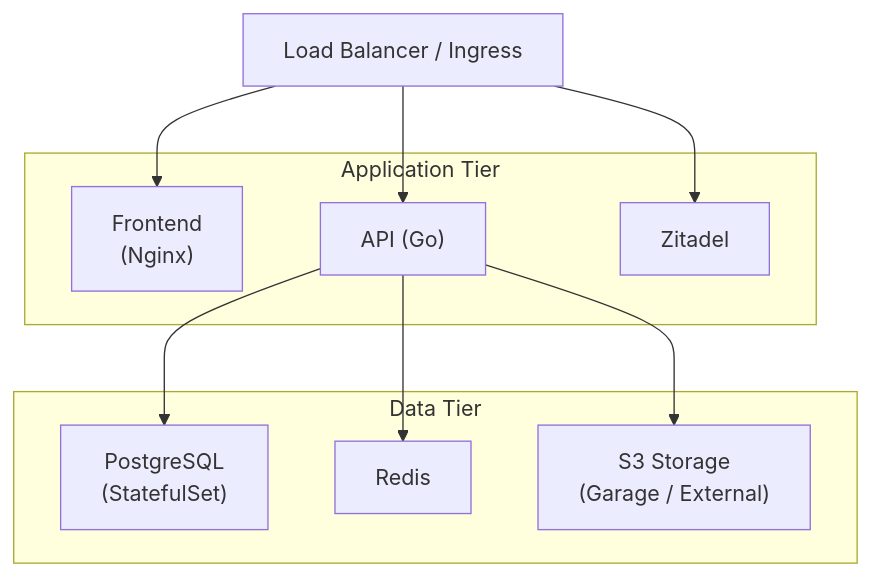
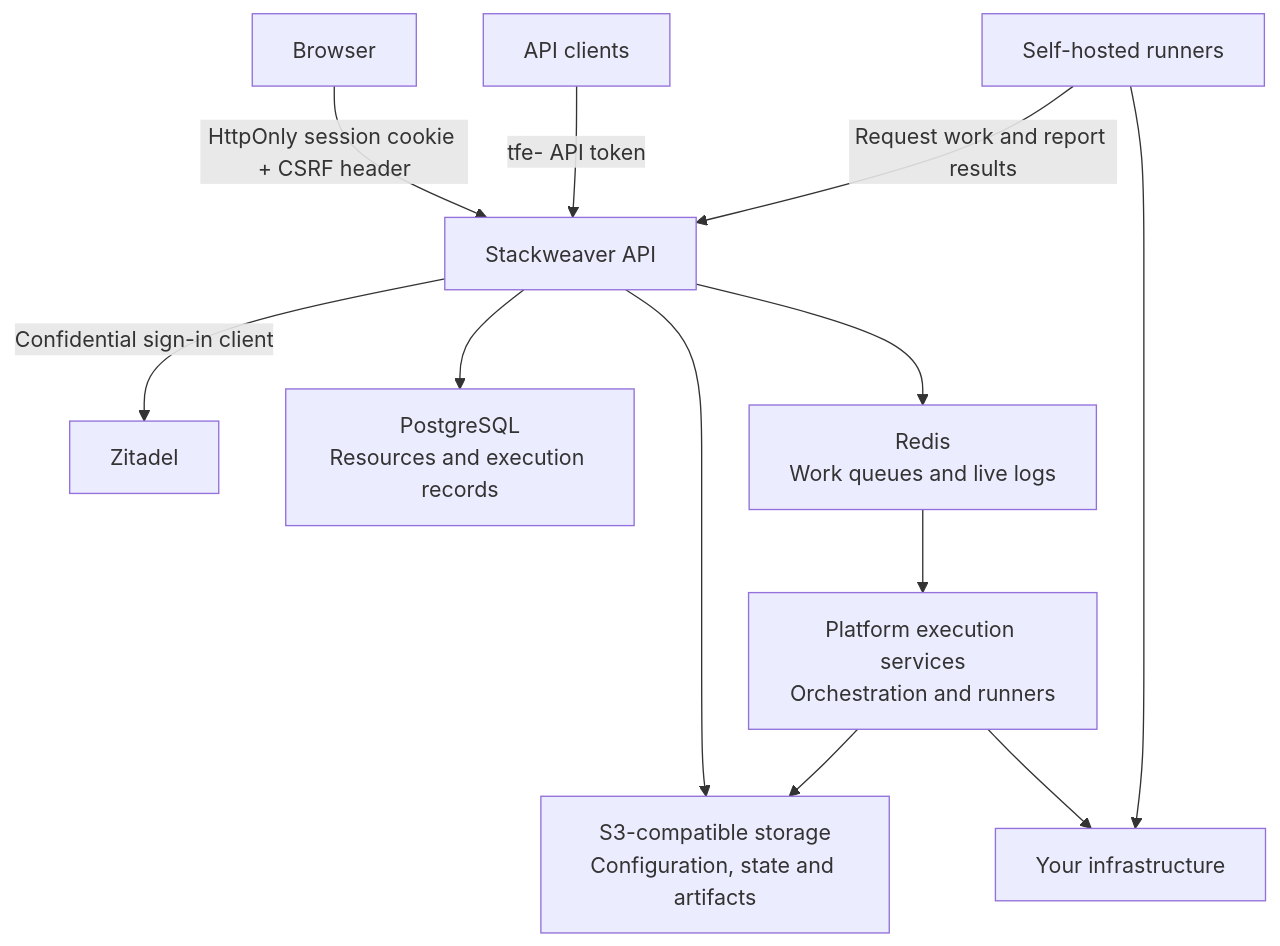
One commit to vhco-pro/stackweaver-frontend changed the first of 2 diagrams in docs/architecture/README.md. Above: the diagram before and after it, drawn with Mermaid. The commit also changed other lines of this file and 168 other files, not shown here.

````diff
--- a/docs/architecture/README.md
+++ b/docs/architecture/README.md
@@ -477,23 +29,14 @@
 ```mermaid
 flowchart TB
-    LB["Load Balancer / Ingress"]
-
-    subgraph AppTier["Application Tier"]
-        Frontend["Frontend<br/>(Nginx)"]
-        API["API (Go)"]
-        Zitadel["Zitadel"]
-    end
-
-    subgraph DataTier["Data Tier"]
-        PostgreSQL["PostgreSQL<br/>(StatefulSet)"]
-        Redis["Redis"]
-        Garage["S3 Storage<br/>(Garage / External)"]
-    end
-
-    LB --> Frontend
-    LB --> API
-    LB --> Zitadel
-    API --> PostgreSQL
-    API --> Redis
-    API --> Garage
+    Client["Browser"] -->|"HttpOnly session cookie + CSRF header"| API["Stackweaver API"]
+    Automation["API clients"] -->|"tfe- API token"| API
+    API -->|"Confidential sign-in client"| Identity["Zitadel"]
+    API --> Database["PostgreSQL<br/>Resources and execution records"]
+    API --> Queue["Redis<br/>Work queues and live logs"]
+    API --> Storage["S3-compatible storage<br/>Configuration, state and artifacts"]
+    Queue --> Execution["Platform execution services<br/>Orchestration and runners"]
+    Execution --> Storage
+    Execution --> Targets["Your infrastructure"]
+    Agent["Self-hosted runners"] -->|"Request work and report results"| API
+    Agent --> Targets
 ```
````
